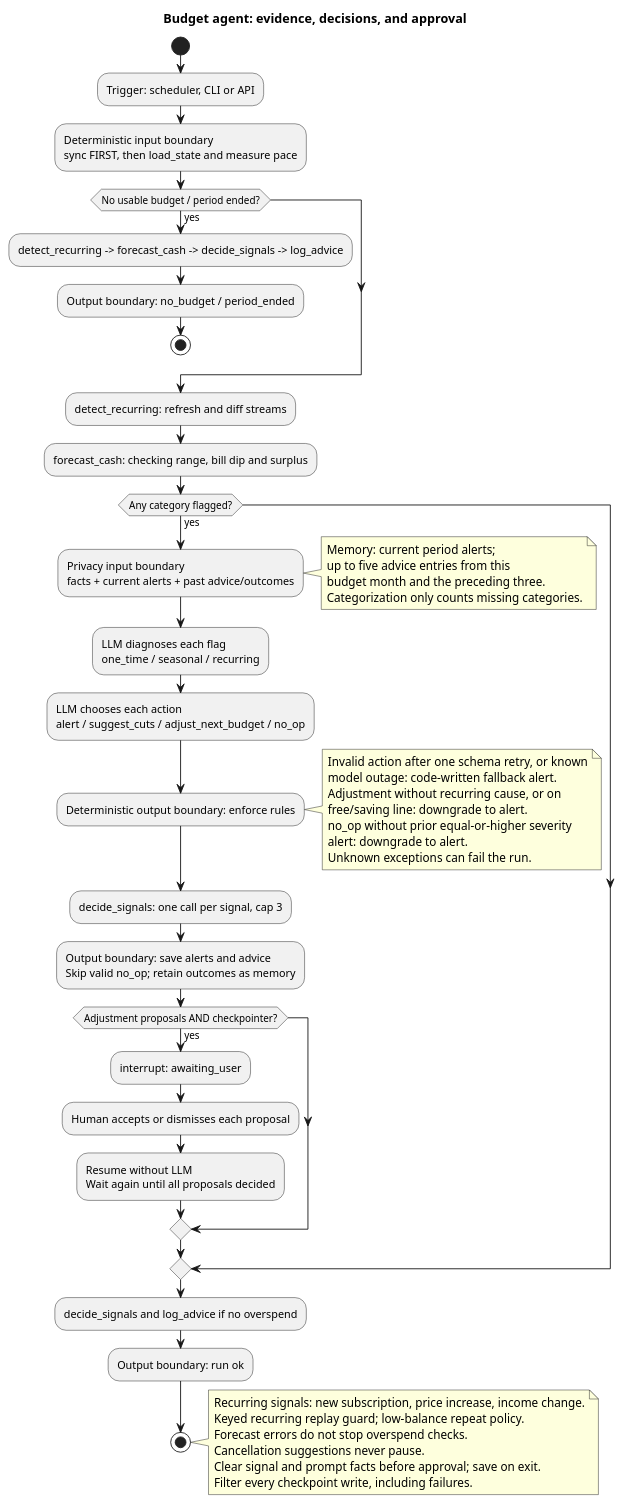
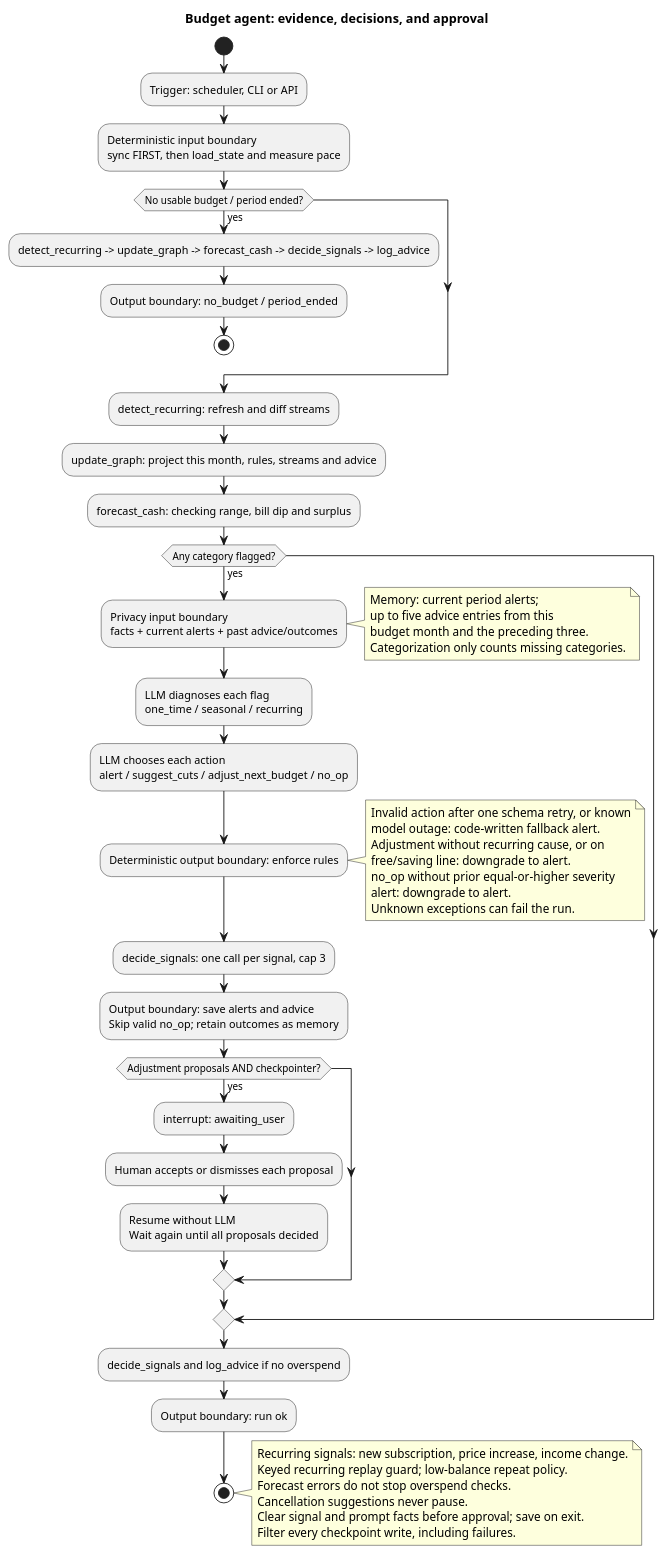
The diagram in docs/diagrams/budget-agent-loop.puml (Del0m/Agentic-Financial-Dashboard), drawn with PlantUML before and after one commit. The commit also changed 10 other files, not shown here.

First line of the commit message:
feat(TPC-36): project the user's finances into the temporal graph

```diff
--- a/docs/diagrams/budget-agent-loop.puml
+++ b/docs/diagrams/budget-agent-loop.puml
@@ -1,54 +1,55 @@
 @startuml
 title Budget agent: evidence, decisions, and approval
 skinparam shadowing false
 skinparam defaultFontName SansSerif
 start
 :Trigger: scheduler, CLI or API;
 :Deterministic input boundary\nsync FIRST, then load_state and measure pace;
 if (No usable budget / period ended?) then (yes)
-  :detect_recurring -> forecast_cash -> decide_signals -> log_advice;
+  :detect_recurring -> update_graph -> forecast_cash -> decide_signals -> log_advice;
   :Output boundary: no_budget / period_ended;
   stop
 endif
 :detect_recurring: refresh and diff streams;
+:update_graph: project this month, rules, streams and advice;
 :forecast_cash: checking range, bill dip and surplus;
 if (Any category flagged?) then (yes)
   :Privacy input boundary\nfacts + current alerts + past advice/outcomes;
   note right
     Memory: current period alerts;
     up to five advice entries from this
     budget month and the preceding three.
     Categorization only counts missing categories.
   end note
   :LLM diagnoses each flag\none_time / seasonal / recurring;
   :LLM chooses each action\nalert / suggest_cuts / adjust_next_budget / no_op;
   :Deterministic output boundary: enforce rules;
   note right
     Invalid action after one schema retry, or known
     model outage: code-written fallback alert.
     Adjustment without recurring cause, or on
     free/saving line: downgrade to alert.
     no_op without prior equal-or-higher severity
     alert: downgrade to alert.
     Unknown exceptions can fail the run.
   end note
   :decide_signals: one call per signal, cap 3;
   :Output boundary: save alerts and advice\nSkip valid no_op; retain outcomes as memory;
   if (Adjustment proposals AND checkpointer?) then (yes)
     :interrupt: awaiting_user;
     :Human accepts or dismisses each proposal;
     :Resume without LLM\nWait again until all proposals decided;
   endif
 endif
 :decide_signals and log_advice if no overspend;
 :Output boundary: run ok;
 stop
 note right
 Recurring signals: new subscription, price increase, income change.
 Keyed recurring replay guard; low-balance repeat policy.
 Forecast errors do not stop overspend checks.
 Cancellation suggestions never pause.
 Clear signal and prompt facts before approval; save on exit.
 Filter every checkpoint write, including failures.
 end note
 @enduml
```
